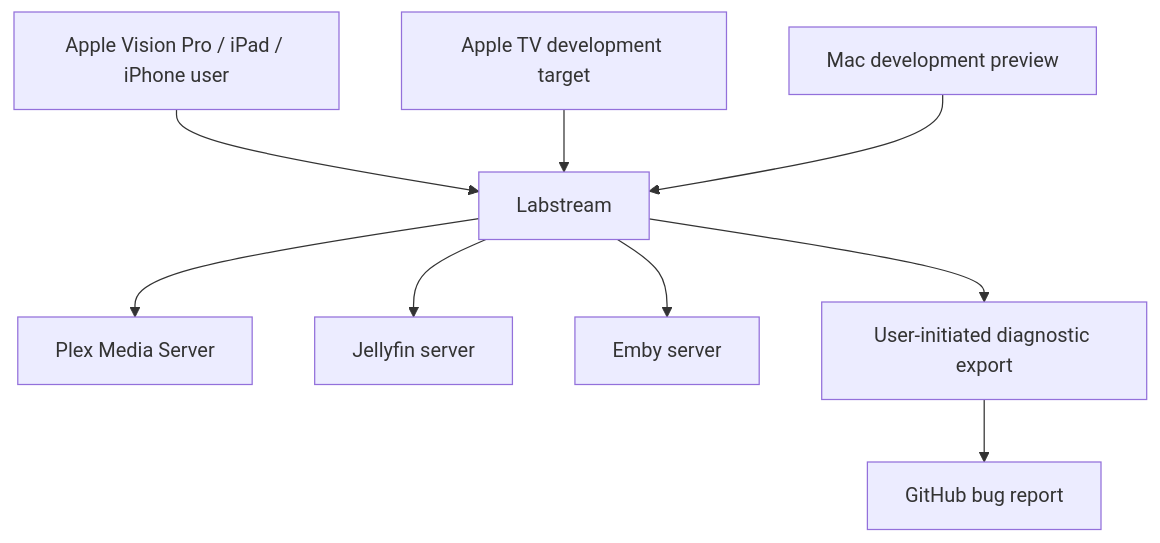
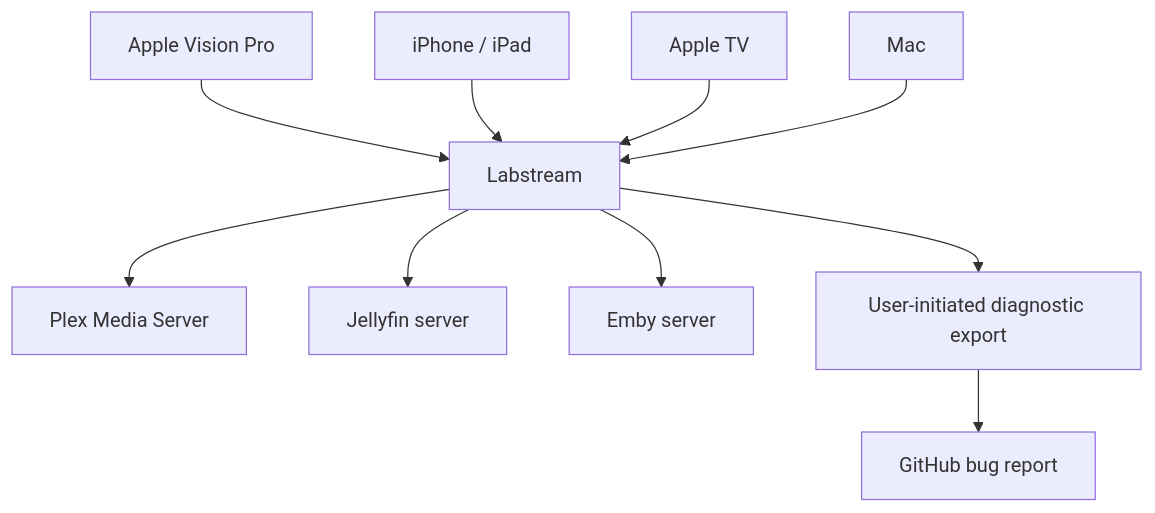
One commit to jlipworth/Labstream changed the diagram in docs/index.md. Above: the diagram before and after it, drawn with Mermaid. The commit also changed other lines of this file and 22 other files, not shown here.

````diff
--- a/docs/index.md
+++ b/docs/index.md
@@ -13,13 +13,14 @@
 ```mermaid
 flowchart TD
   accTitle: Labstream service topology
-  accDescr: Labstream runs on supported Apple devices, the Apple TV development target, or the Mac development preview; it connects directly to a user-selected Plex, Jellyfin, or Emby server and exports diagnostics only when the user chooses to report a bug.
-  User[Apple Vision Pro / iPad / iPhone user] --> App[Labstream]
-  TV[Apple TV development target] --> App
-  Mac[Mac development preview] --> App
+  accDescr: Labstream has pre-release targets for Apple Vision Pro, iPhone, iPad, Apple TV, and Mac; it connects directly to a user-selected Plex, Jellyfin, or Emby server and exports diagnostics only when the user chooses to report a bug.
+  Spatial[Apple Vision Pro] --> App[Labstream]
+  Mobile[iPhone / iPad] --> App
+  TV[Apple TV] --> App
+  Mac[Mac] --> App
   App --> Plex[Plex Media Server]
   App --> Jellyfin[Jellyfin server]
   App --> Emby[Emby server]
   App --> Report[User-initiated diagnostic export]
   Report --> Issue[GitHub bug report]
 ```
````
